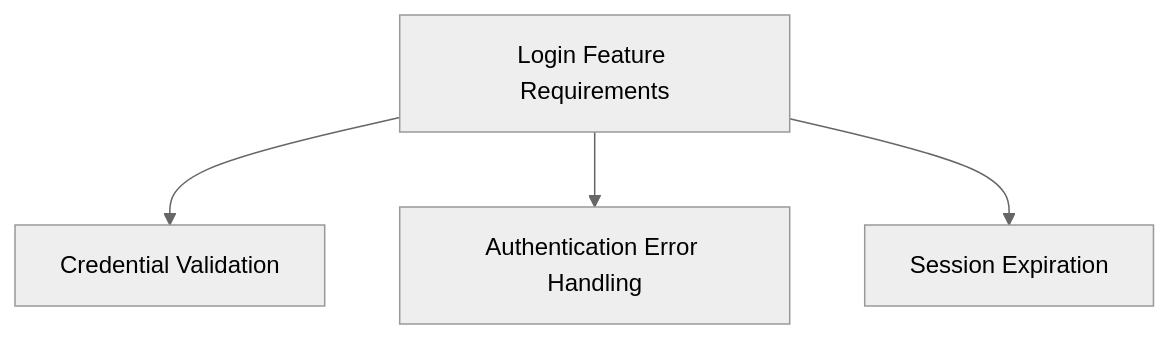
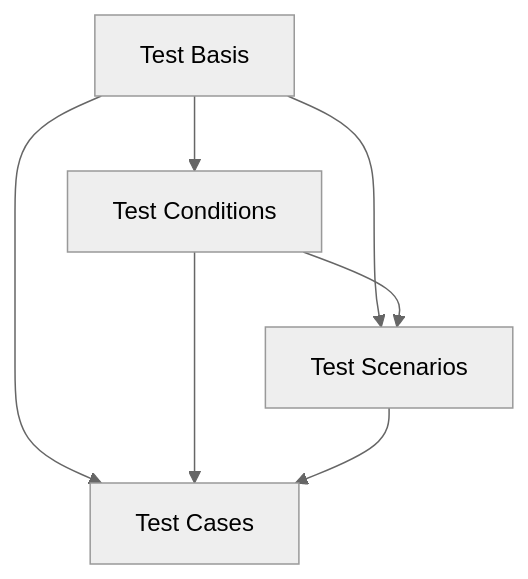
One commit to Rokiis1/Teaching-Materia changed the second of 2 diagrams in docs/en/software_quality/software_testing/test_case_design/test_design_fundamentals/test_design_fundamentals.md. Above: the diagram before and after it, drawn with Mermaid (neutral theme). The commit also changed other lines of this file and 9 other files, not shown here.

````diff
--- a/docs/en/software_quality/software_testing/test_case_design/test_design_fundamentals/test_design_fundamentals.md
+++ b/docs/en/software_quality/software_testing/test_case_design/test_design_fundamentals/test_design_fundamentals.md
@@ -27,7 +84,13 @@
 ```mermaid
 flowchart TD
-    A["Login Feature Requirements"]
-    A --> B["Credential Validation"]
-    A --> C["Authentication Error Handling"]
-    A --> D["Session Expiration"]
+    A["Test Basis"]
+    B["Test Conditions"]
+    C["Test Scenarios"]
+    D["Test Cases"]
+    A --> B
+    A --> C
+    A --> D
+    B --> C
+    B --> D
+    C --> D
 ```
````
